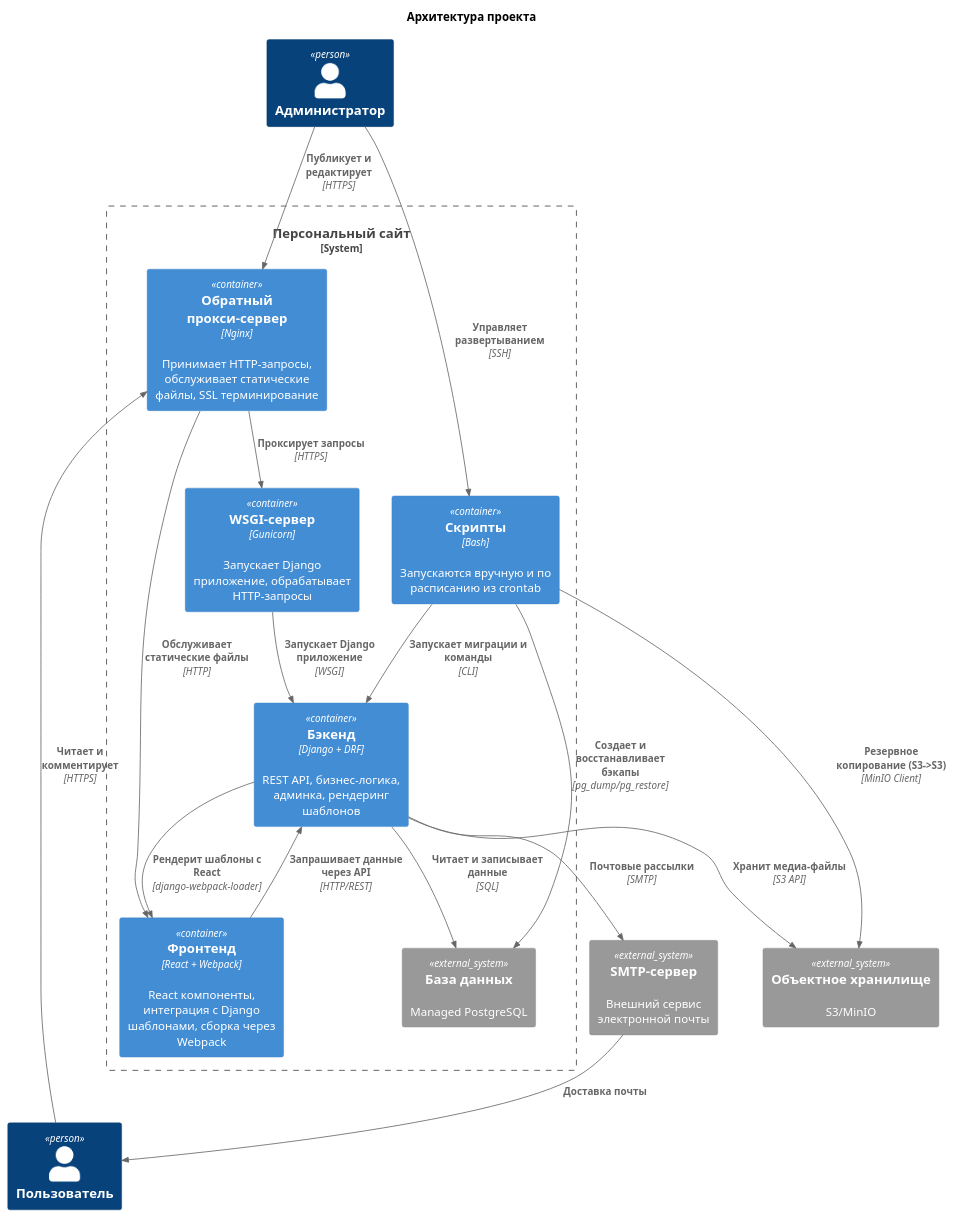
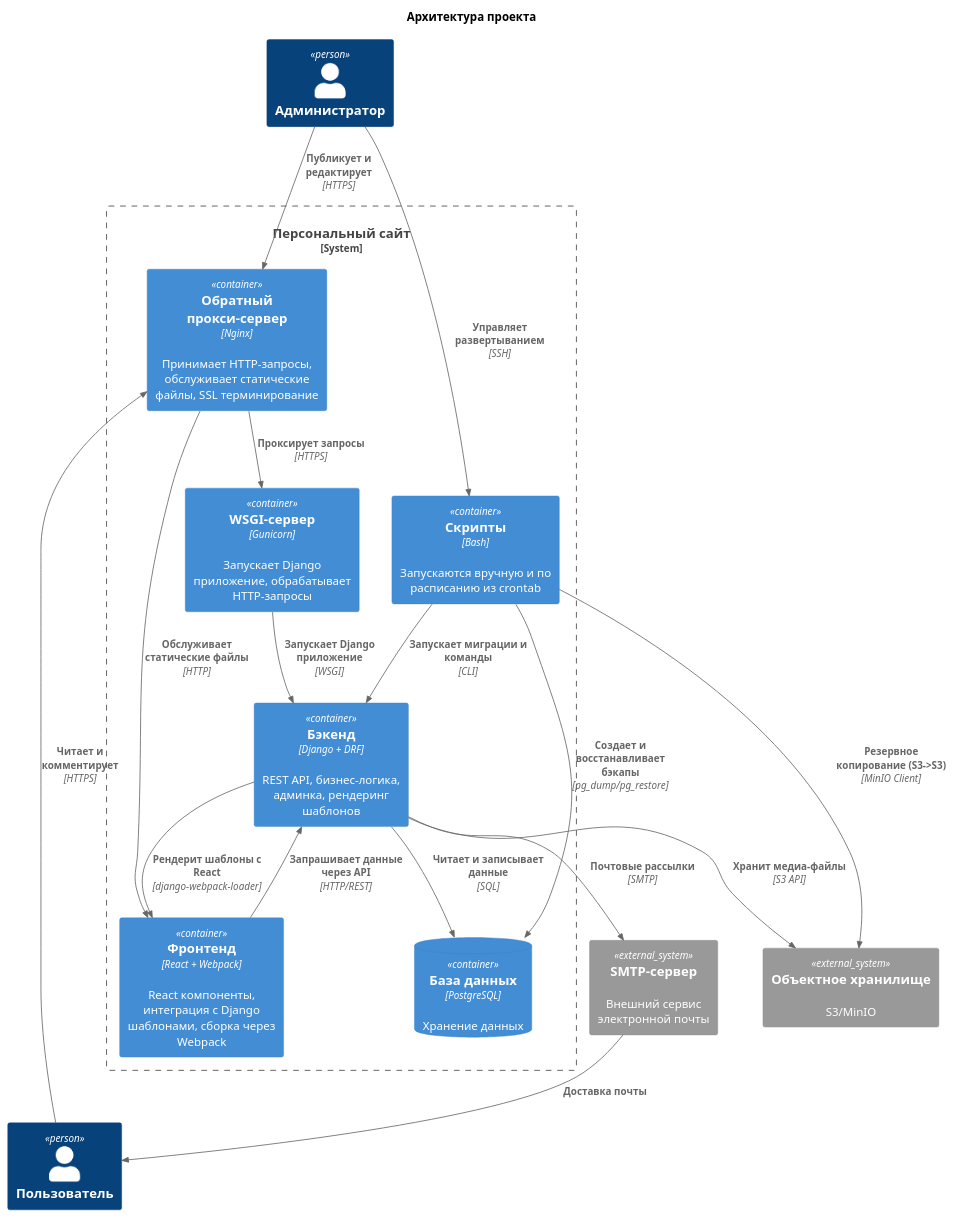
One commit to mikhpo/personal-website changed the diagram in docs/diagrams/src/container.puml. Above: the diagram before and after it, drawn with PlantUML. The commit also changed 1 other file, not shown here.

Commit message:
fix: заменить System_Ext на ContainerDb в контейнерной диаграмме
Исправлены две логические ошибки:
1. System_Ext не может находиться внутри System_Boundary (внешняя система не может быть частью системы)
2. 'Managed PostgreSQL' заменено на 'PostgreSQL' для отражения гибкости архитектуры (поддержка и локального, и managed вариантов)

ContainerDb правильно отражает, что БД является частью системы,
но может быть развёрнута разными способами.

```diff
--- a/docs/diagrams/src/container.puml
+++ b/docs/diagrams/src/container.puml
@@ -1,36 +1,36 @@
 @startuml container
 
 !include <C4/C4_Container>
 
 title Архитектура проекта
 
 Person(user, "Пользователь")
 Person(admin, "Администратор")
 System_Boundary(project, "Персональный сайт") {
     Container(nginx, "Обратный прокси-сервер", "Nginx", "Принимает HTTP-запросы, обслуживает статические файлы, SSL терминирование")
     Container(gunicorn, "WSGI-сервер", "Gunicorn", "Запускает Django приложение, обрабатывает HTTP-запросы")
     Container(backend, "Бэкенд", "Django + DRF", "REST API, бизнес-логика, админка, рендеринг шаблонов")
     Container(frontend, "Фронтенд", "React + Webpack", "React компоненты, интеграция с Django шаблонами, сборка через Webpack")
     Container(scripts, "Скрипты", "Bash", "Запускаются вручную и по расписанию из crontab")
-    System_Ext(db, "База данных", "Managed PostgreSQL")
+    ContainerDb(db, "База данных", "PostgreSQL", "Хранение данных")
 }
 System_Ext(s3, "Объектное хранилище", "S3/MinIO")
 System_Ext(smtp, "SMTP-сервер", "Внешний сервис электронной почты")
 
 Rel(admin, nginx, "Публикует и редактирует", "HTTPS")
 Rel(admin, scripts, "Управляет развертыванием", "SSH")
 Rel(user, nginx, "Читает и комментирует", "HTTPS")
 Rel(nginx, gunicorn, "Проксирует запросы", "HTTPS")
 Rel(nginx, frontend, "Обслуживает статические файлы", "HTTP")
 Rel(gunicorn, backend, "Запускает Django приложение", "WSGI")
 Rel(backend, frontend, "Рендерит шаблоны с React", "django-webpack-loader")
 Rel(frontend, backend, "Запрашивает данные через API", "HTTP/REST")
 Rel(backend, db, "Читает и записывает данные", "SQL")
 Rel(backend, s3, "Хранит медиа-файлы", "S3 API")
 Rel(backend, smtp, "Почтовые рассылки", "SMTP")
 Rel(smtp, user, "Доставка почты")
 Rel(scripts, backend, "Запускает миграции и команды", "CLI")
 Rel(scripts, db, "Создает и восстанавливает бэкапы", "pg_dump/pg_restore")
 Rel(scripts, s3, "Резервное копирование (S3->S3)", "MinIO Client")
 
 @enduml
```
